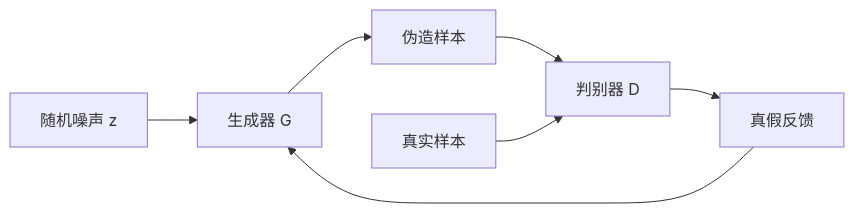
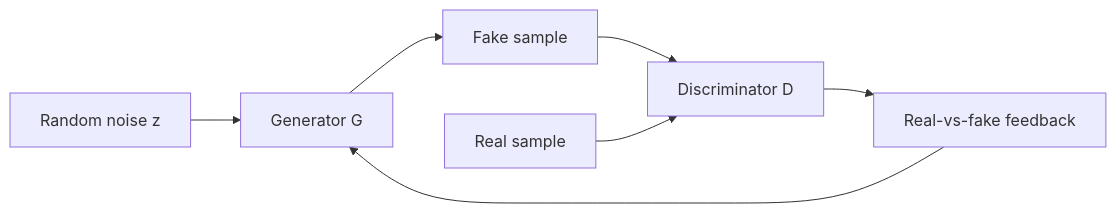
Before and after one commit to oudbiao/AI-fullstack-course: the diagram in docs/ch06-deep-learning/ch06-generative/01-gan.md, drawn with Mermaid. The commit also changed other lines of this file and 1406 other files, not shown here.

````diff
--- a/docs/ch06-deep-learning/ch06-generative/01-gan.md
+++ b/docs/ch06-deep-learning/ch06-generative/01-gan.md
@@ -49,9 +49,9 @@
 ```mermaid
 flowchart LR
-    A["随机噪声 z"] --> B["生成器 G"]
-    B --> C["伪造样本"]
-    C --> D["判别器 D"]
-    E["真实样本"] --> D
-    D --> F["真假反馈"]
+    A["Random noise z"] --> B["Generator G"]
+    B --> C["Fake sample"]
+    C --> D["Discriminator D"]
+    E["Real sample"] --> D
+    D --> F["Real-vs-fake feedback"]
     F --> B
 ```
````
